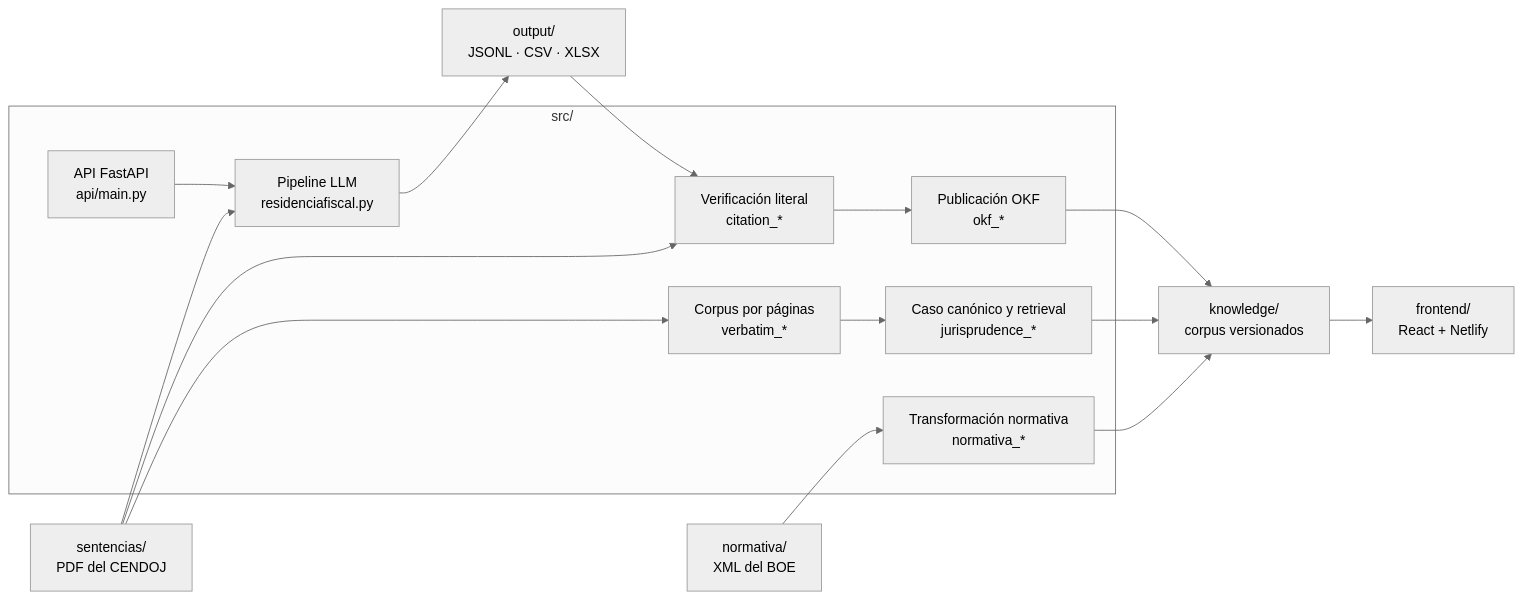
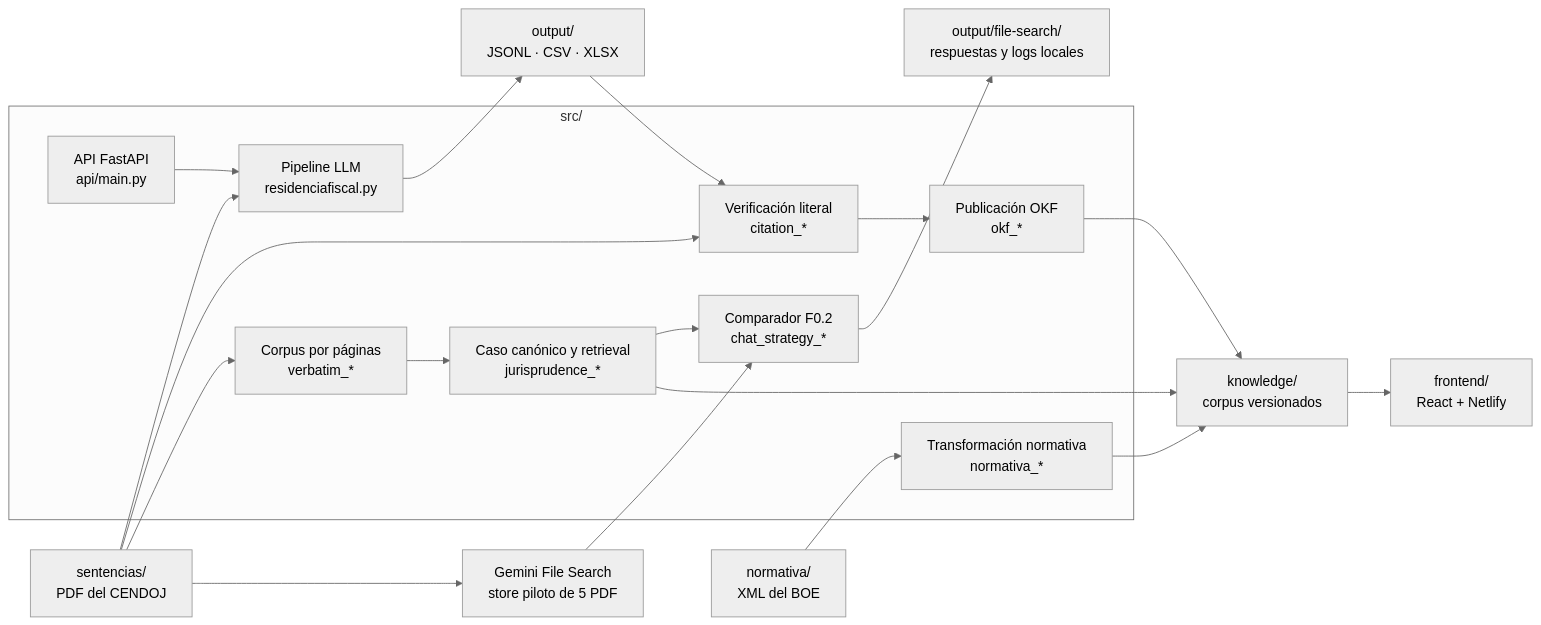
One commit to jmgb/residenciafiscal changed the diagram in docs/ARCHITECTURE.md. Above: the diagram before and after it, drawn with Mermaid (neutral theme). The commit also changed other lines of this file and 17 other files, not shown here.

````diff
--- a/docs/ARCHITECTURE.md
+++ b/docs/ARCHITECTURE.md
@@ -9,27 +13,32 @@
 ```mermaid
 flowchart LR
     PDF["sentencias/<br/>PDF del CENDOJ"] --> PIPELINE
     BOE["normativa/<br/>XML del BOE"] --> NORM
+    PDF --> FILESEARCH["Gemini File Search<br/>store piloto de 5 PDF"]
 
     subgraph PYTHON["src/"]
         PIPELINE["Pipeline LLM<br/>residenciafiscal.py"]
         API["API FastAPI<br/>api/main.py"]
         CITES["Verificación literal<br/>citation_*"]
         CASES["Caso canónico y retrieval<br/>jurisprudence_*"]
         OKF["Publicación OKF<br/>okf_*"]
         VERBATIM["Corpus por páginas<br/>verbatim_*"]
         NORM["Transformación normativa<br/>normativa_*"]
+        CHAT["Comparador F0.2<br/>chat_strategy_*"]
     end
 
     API --> PIPELINE
     PIPELINE --> RUNS["output/<br/>JSONL · CSV · XLSX"]
     RUNS --> CITES
     PDF --> CITES
     CITES --> OKF
     PDF --> VERBATIM
     VERBATIM --> CASES
+    CASES --> CHAT
+    FILESEARCH --> CHAT
+    CHAT --> CHATOUT["output/file-search/<br/>respuestas y logs locales"]
     CASES --> KNOWLEDGE["knowledge/<br/>corpus versionados"]
     OKF --> KNOWLEDGE
     NORM --> KNOWLEDGE
     KNOWLEDGE --> WEB["frontend/<br/>React + Netlify"]
 ```
````
